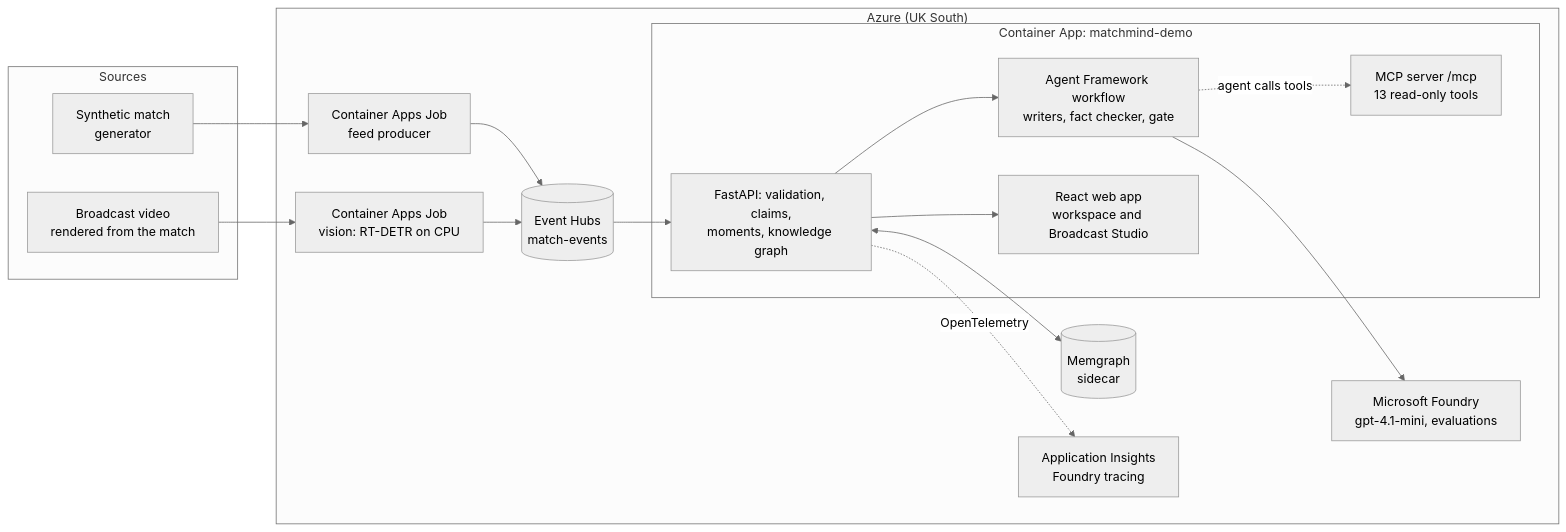
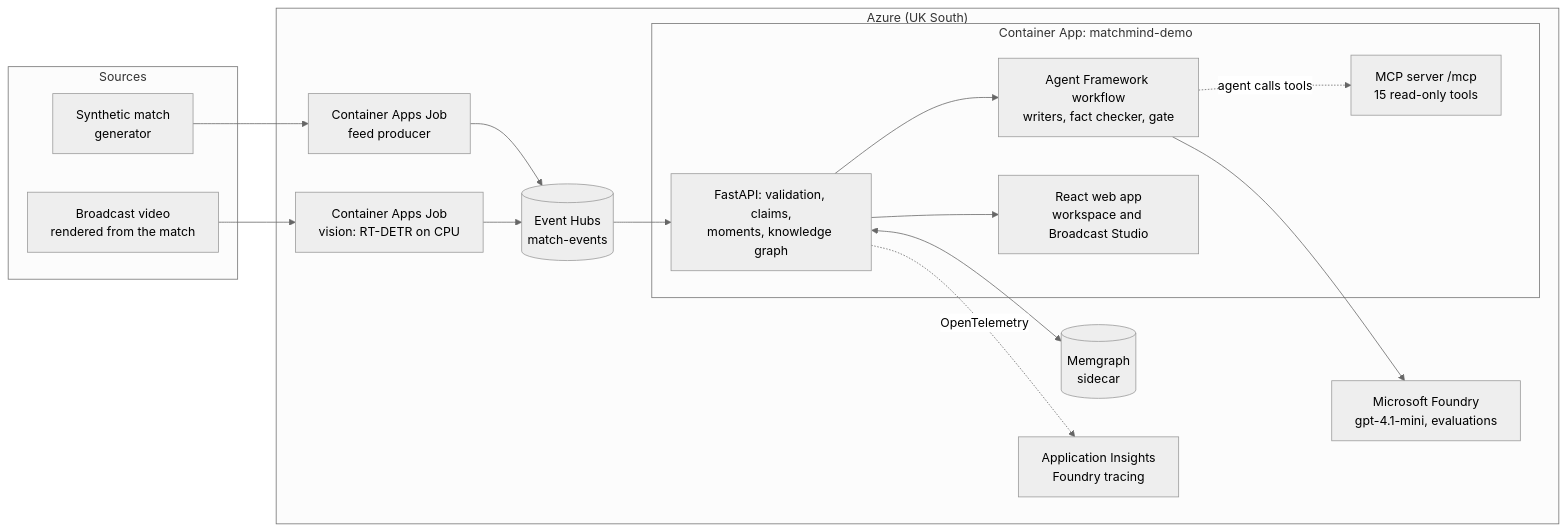
One commit to othniel74/matchmind-ai changed the diagram in README.md. Above: the diagram before and after it, drawn with Mermaid (neutral theme). The commit also changed other lines of this file and 21 other files, not shown here.

````diff
--- a/README.md
+++ b/README.md
@@ -48,29 +50,29 @@
 ```mermaid
 flowchart LR
   subgraph Sources
     SIM[Synthetic match<br/>generator]
     VID[Broadcast video<br/>rendered from the match]
   end
   subgraph Azure["Azure (UK South)"]
     FJ[Container Apps Job<br/>feed producer]
     VJ[Container Apps Job<br/>vision: RT-DETR on CPU]
     EH[(Event Hubs<br/>match-events)]
     subgraph CA["Container App: matchmind-demo"]
       API[FastAPI: validation, claims,<br/>moments, knowledge graph]
       WF[Agent Framework workflow<br/>writers, fact checker, gate]
-      MCP[MCP server /mcp<br/>13 read-only tools]
+      MCP[MCP server /mcp<br/>15 read-only tools]
       UI[React web app<br/>workspace and Broadcast Studio]
     end
     MG[(Memgraph<br/>sidecar)]
     FD[Microsoft Foundry<br/>gpt-4.1-mini, evaluations]
     AI[Application Insights<br/>Foundry tracing]
   end
   SIM --> FJ --> EH
   VID --> VJ --> EH
   EH --> API
   API <--> MG
   API --> WF --> FD
   WF -. agent calls tools .-> MCP
   API --> UI
   API -. OpenTelemetry .-> AI
 ```
````
